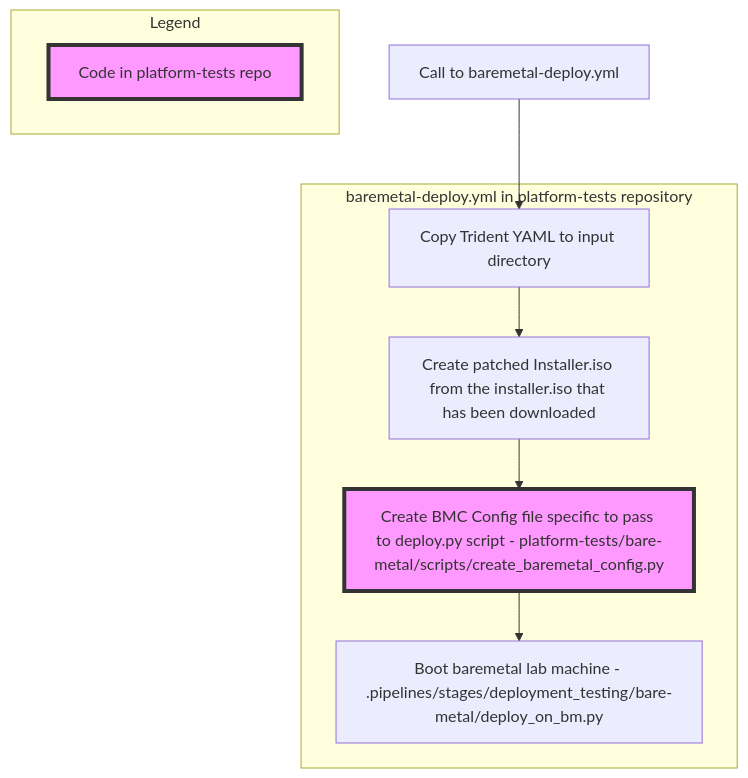
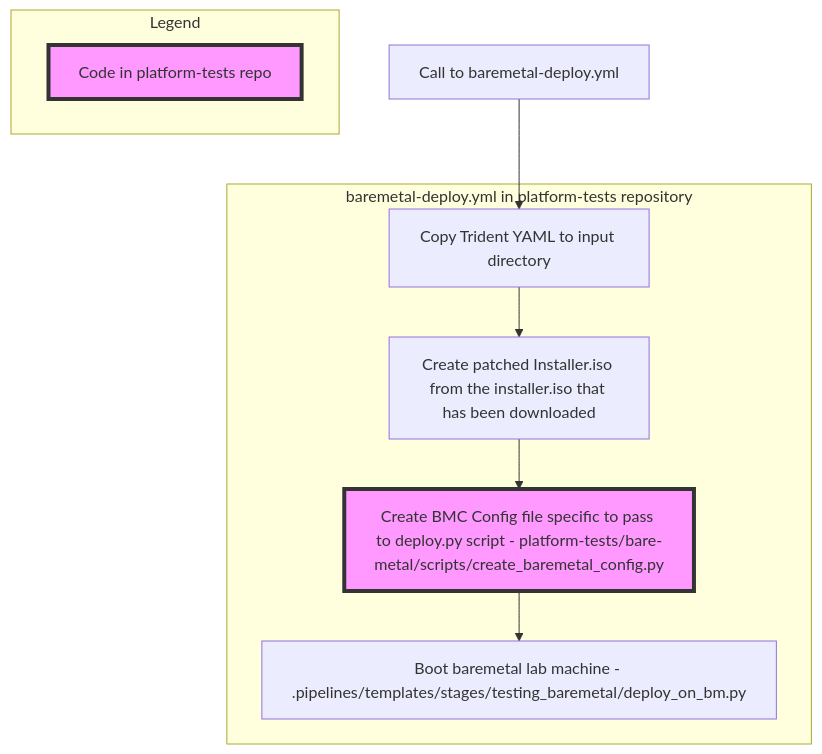
One commit to microsoft/trident changed the diagram in dev-docs/diagrams/deploy-baremetal-environment.mmd. Above: the diagram before and after it, drawn with Mermaid. The commit also changed 28 other files, not shown here.

```diff
--- a/dev-docs/diagrams/deploy-baremetal-environment.mmd
+++ b/dev-docs/diagrams/deploy-baremetal-environment.mmd
@@ -1,13 +1,13 @@
 graph TD
 classDef Purple fill:#f9f,stroke:#333,stroke-width:4px;
 L0[Call to baremetal-deploy.yml] --> L1[Copy Trident YAML to input directory] 
 subgraph baremetal-deploy.yml in platform-tests repository
     L1 --> L2[Create patched Installer.iso from the installer.iso that has been downloaded]
     L2 --> L3[Create BMC Config file specific to pass to deploy.py script - platform-tests/bare-metal/scripts/create_baremetal_config.py]
-    L3 --> L4[Boot baremetal lab machine - .pipelines/stages/deployment_testing/bare-metal/deploy_on_bm.py]
+    L3 --> L4[Boot baremetal lab machine - .pipelines/templates/stages/testing_baremetal/deploy_on_bm.py]
     class L3 Purple; 
 end
 subgraph Legend
     LE1[Code in platform-tests repo]
     class LE1 Purple;
 end
```
